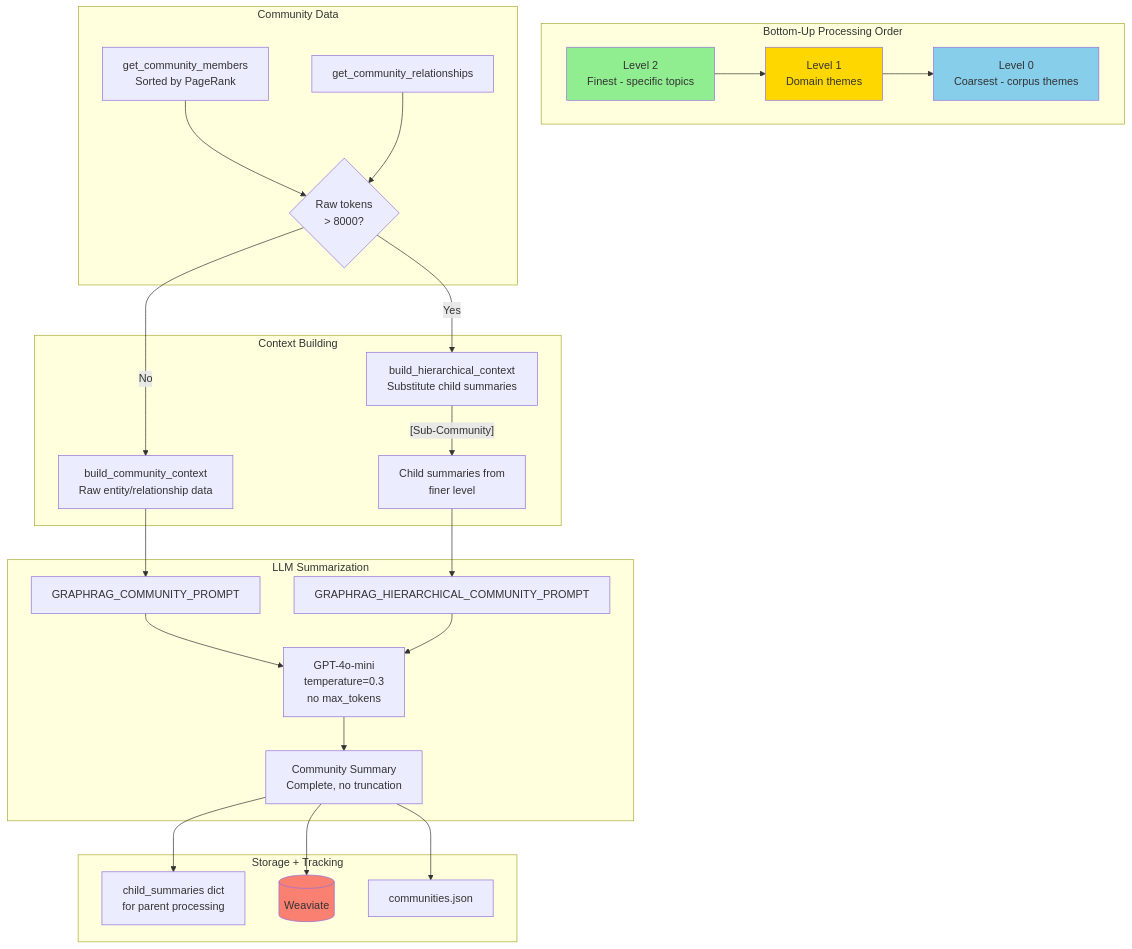
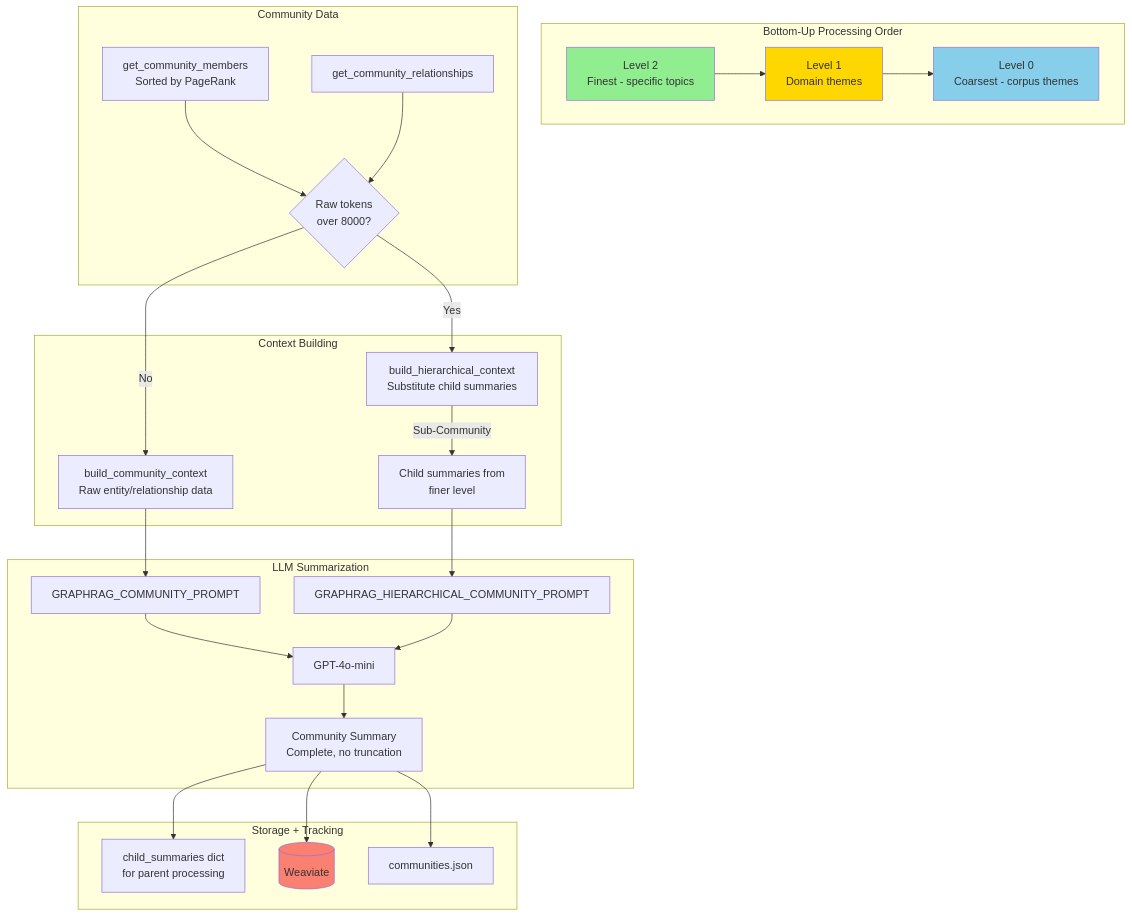
The fifth of 8 diagrams in memory-bank/graphrag/graphrag_raglab_implementation.md (crlsrmrlsz/raglab), drawn with Mermaid before and after one commit. The commit also changed other lines of this file, not shown here.

First line of the commit message:
fix(docs): resolve mermaid parsing errors in GraphRAG doc

````diff
--- a/memory-bank/graphrag/graphrag_raglab_implementation.md
+++ b/memory-bank/graphrag/graphrag_raglab_implementation.md
@@ -368,37 +368,37 @@
 ```mermaid
 flowchart TB
     subgraph Order["Bottom-Up Processing Order"]
         L2[Level 2<br/>Finest - specific topics] --> L1[Level 1<br/>Domain themes]
         L1 --> L0[Level 0<br/>Coarsest - corpus themes]
     end
 
     subgraph Input["Community Data"]
-        MEMBERS[get_community_members<br/>Sorted by PageRank] --> CHECK{Raw tokens<br/>> 8000?}
+        MEMBERS[get_community_members<br/>Sorted by PageRank] --> CHECK{"Raw tokens<br/>over 8000?"}
         RELS[get_community_relationships] --> CHECK
     end
 
     subgraph Context["Context Building"]
         CHECK --> |No| RAW[build_community_context<br/>Raw entity/relationship data]
         CHECK --> |Yes| HIER[build_hierarchical_context<br/>Substitute child summaries]
-        HIER --> |"[Sub-Community]"| CHILD[Child summaries from<br/>finer level]
+        HIER --> |Sub-Community| CHILD[Child summaries from<br/>finer level]
     end
 
     subgraph Summarize["LLM Summarization"]
         RAW --> PROMPT1[GRAPHRAG_COMMUNITY_PROMPT]
         CHILD --> PROMPT2[GRAPHRAG_HIERARCHICAL_COMMUNITY_PROMPT]
-        PROMPT1 --> LLM[GPT-4o-mini<br/>temperature=0.3<br/>no max_tokens]
+        PROMPT1 --> LLM["GPT-4o-mini"]
         PROMPT2 --> LLM
         LLM --> SUMMARY[Community Summary<br/>Complete, no truncation]
     end
 
     subgraph Store["Storage + Tracking"]
         SUMMARY --> TRACK[child_summaries dict<br/>for parent processing]
-        SUMMARY --> WEAVIATE[(Weaviate)]
+        SUMMARY --> WEAVIATE[("Weaviate")]
         SUMMARY --> JSON[communities.json]
     end
 
     style WEAVIATE fill:#fa8072
     style L2 fill:#90EE90
     style L1 fill:#FFD700
     style L0 fill:#87CEEB
 ```
````
